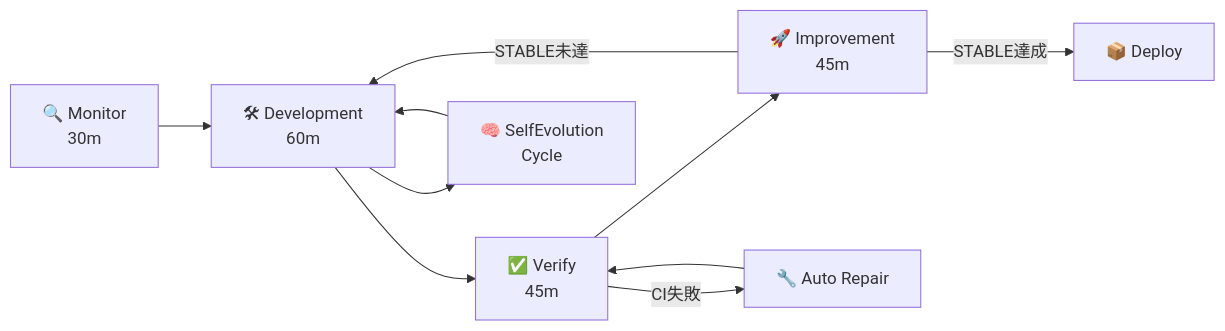
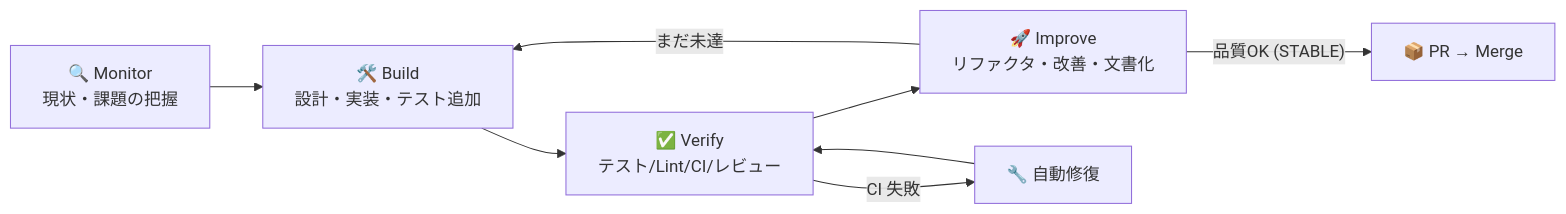
Before and after one commit to Kensan196948G/ClaudeCLI-CodexCLI-CopilotCLI-StartUpTools-New: the third of 5 diagrams in README.md, drawn with Mermaid. The commit also changed other lines of this file, not shown here.

First line of the commit message:
docs(readme): 非エンジニア向けに全面刷新 — アイコン+Mermaid図多用・Linux最新版反映

````diff
--- a/README.md
+++ b/README.md
@@ -249,12 +81,13 @@
 ```mermaid
 flowchart LR
-    M["🔍 Monitor<br/>30m"] --> B["🛠 Development<br/>60m"]
-    B --> V["✅ Verify<br/>45m"]
-    V --> I["🚀 Improvement<br/>45m"]
-    I -->|STABLE未達| B
-    I -->|STABLE達成| S["📦 Deploy"]
-    V -->|CI失敗| R["🔧 Auto Repair"]
-    R --> V
-    B --> SE["🧠 SelfEvolution<br/>Cycle"]
-    SE --> B
+    M["🔍 Monitor<br/>現状・課題の把握"]
+    B["🛠️ Build<br/>設計・実装・テスト追加"]
+    V["✅ Verify<br/>テスト/Lint/CI/レビュー"]
+    I["🚀 Improve<br/>リファクタ・改善・文書化"]
+    PR["📦 PR → Merge"]
+    Fix["🔧 自動修復"]
+    M --> B --> V --> I
+    I -->|"まだ未達"| B
+    I -->|"品質OK (STABLE)"| PR
+    V -->|"CI 失敗"| Fix --> V
 ```
````
